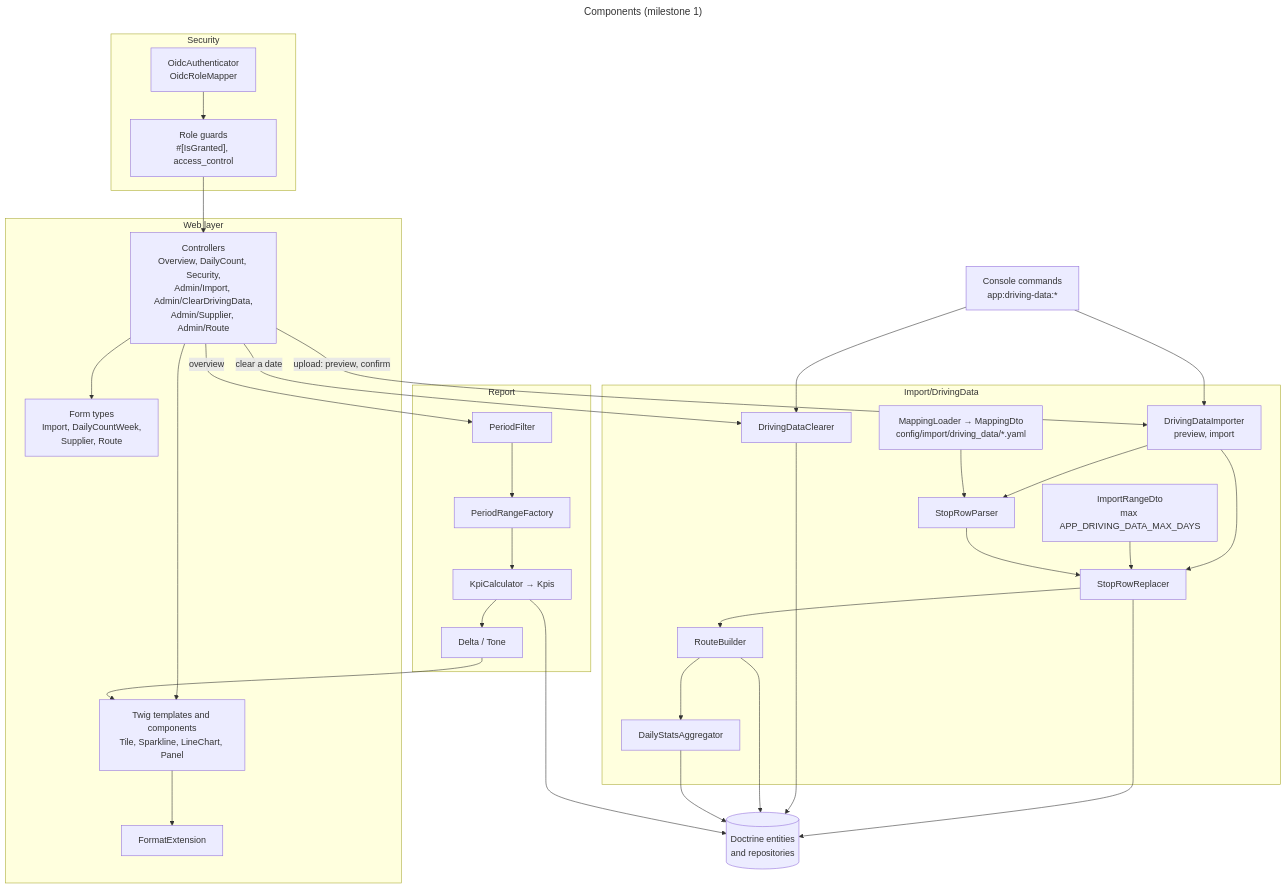
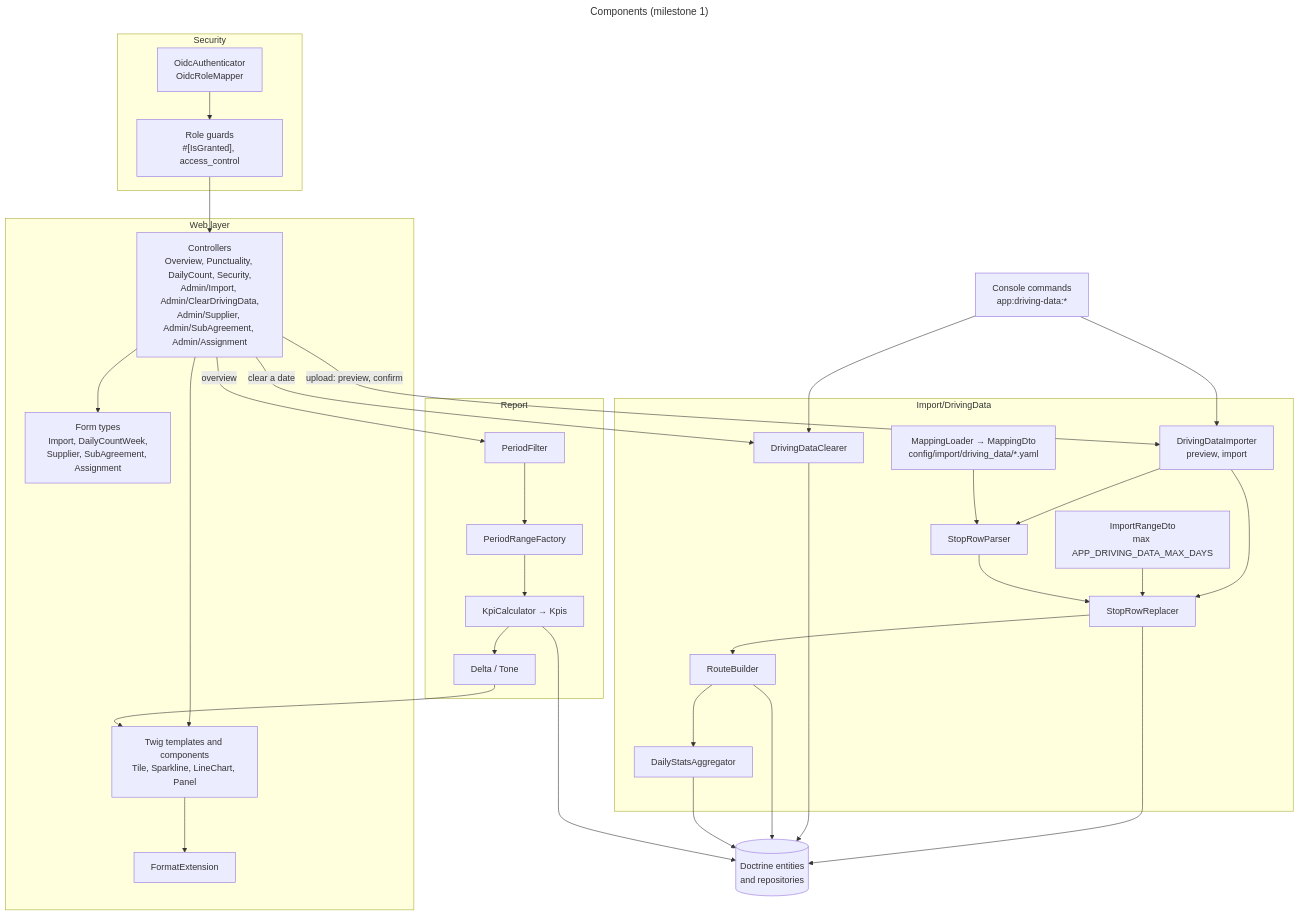
Before and after one commit to itk-dev/koerselsoverblik: the third of 7 diagrams in docs/architecture.md, drawn with Mermaid.

Commit message:
docs: name the sub-agreement controllers and form types in the components diagram

````diff
--- a/docs/architecture.md
+++ b/docs/architecture.md
@@ -140,62 +140,62 @@
 ```mermaid
 ---
 title: Components (milestone 1)
 ---
 flowchart TB
     subgraph web["Web layer"]
-        controllers["Controllers<br/>Overview, DailyCount, Security,<br/>Admin/Import, Admin/ClearDrivingData,<br/>Admin/Supplier, Admin/Route"]
-        forms["Form types<br/>Import, DailyCountWeek,<br/>Supplier, Route"]
+        controllers["Controllers<br/>Overview, Punctuality, DailyCount, Security,<br/>Admin/Import, Admin/ClearDrivingData,<br/>Admin/Supplier, Admin/SubAgreement, Admin/Assignment"]
+        forms["Form types<br/>Import, DailyCountWeek,<br/>Supplier, SubAgreement, Assignment"]
         twig["Twig templates and components<br/>Tile, Sparkline, LineChart, Panel"]
         format["FormatExtension"]
     end
 
     subgraph security["Security"]
         authenticators["OidcAuthenticator<br/>OidcRoleMapper"]
         guards["Role guards<br/>#[IsGranted], access_control"]
     end
 
     subgraph import["Import/DrivingData"]
         mapping["MappingLoader → MappingDto<br/>config/import/driving_data/*.yaml"]
         importrange["ImportRangeDto<br/>max APP_DRIVING_DATA_MAX_DAYS"]
         importer["DrivingDataImporter<br/>preview, import"]
         parser["StopRowParser"]
         replacer["StopRowReplacer"]
         builder["RouteBuilder"]
         aggregator["DailyStatsAggregator"]
         clearer["DrivingDataClearer"]
     end
 
     subgraph report["Report"]
         filter["PeriodFilter"]
         periods["PeriodRangeFactory"]
         kpi["KpiCalculator → Kpis"]
         delta["Delta / Tone"]
     end
 
     commands["Console commands<br/>app:driving-data:*"]
     repositories[("Doctrine entities<br/>and repositories")]
 
     controllers --> forms
     controllers --> twig
     twig --> format
     guards --> controllers
     authenticators --> guards
 
     controllers -- "upload: preview, confirm" --> importer
     commands --> importer
     importer --> parser
     importer --> replacer
     mapping --> parser
     importrange --> replacer
     parser --> replacer --> builder --> aggregator
     replacer --> repositories
     controllers -- "clear a date" --> clearer
     commands --> clearer
     clearer --> repositories
     builder --> repositories
     aggregator --> repositories
 
     controllers -- "overview" --> filter --> periods --> kpi
     kpi --> repositories
     kpi --> delta --> twig
 ```
````
